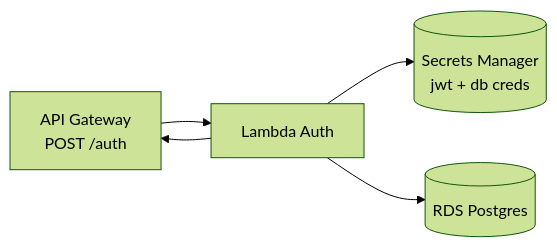
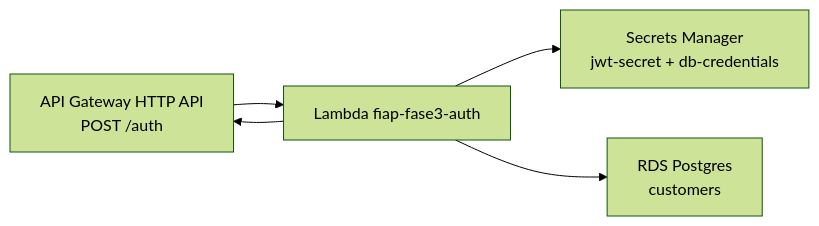
Before and after one commit to arthurfcs98/fiap-fase3-auth-lambda: the diagram in README.md, drawn with Mermaid (forest theme). The commit also changed other lines of this file, not shown here.

````diff
--- a/README.md
+++ b/README.md
@@ -13,7 +23,7 @@
 ```mermaid
 flowchart LR
-    GW[API Gateway<br/>POST /auth] --> L[Lambda Auth]
-    L --> SM[(Secrets Manager<br/>jwt + db creds)]
-    L --> DB[(RDS Postgres)]
+    GW["API Gateway HTTP API<br/>POST /auth"] --> L[Lambda fiap-fase3-auth]
+    L --> SM["Secrets Manager<br/>jwt-secret + db-credentials"]
+    L --> RDS["RDS Postgres<br/>customers"]
     L --> GW
 ```
````
